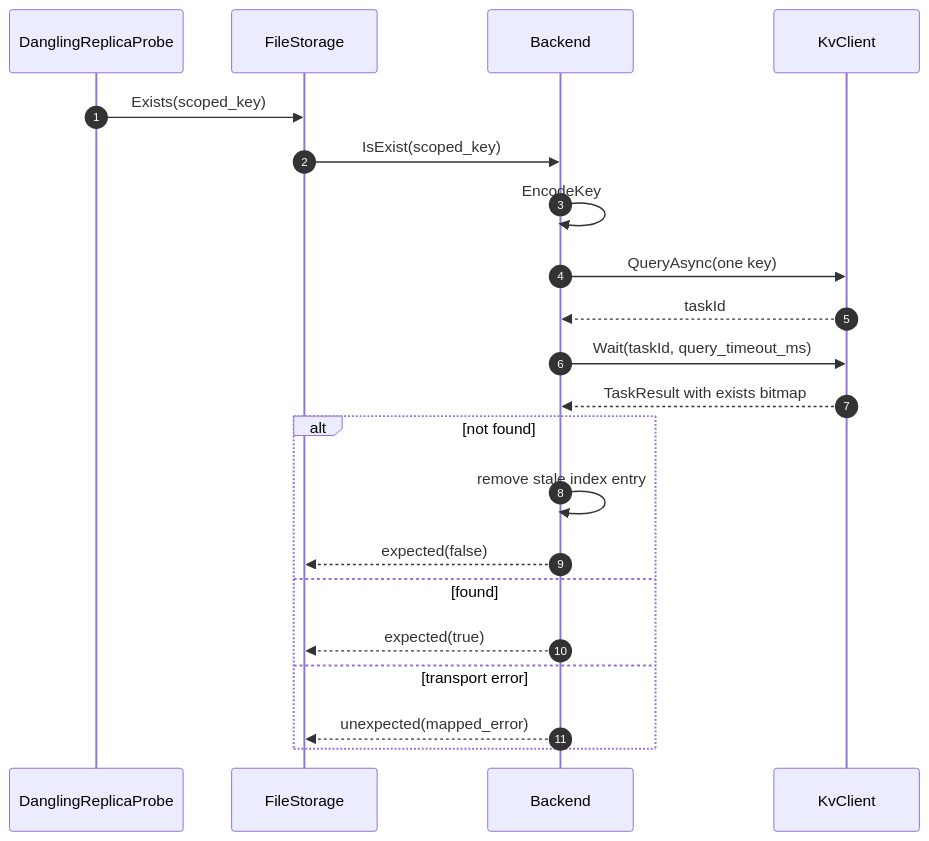
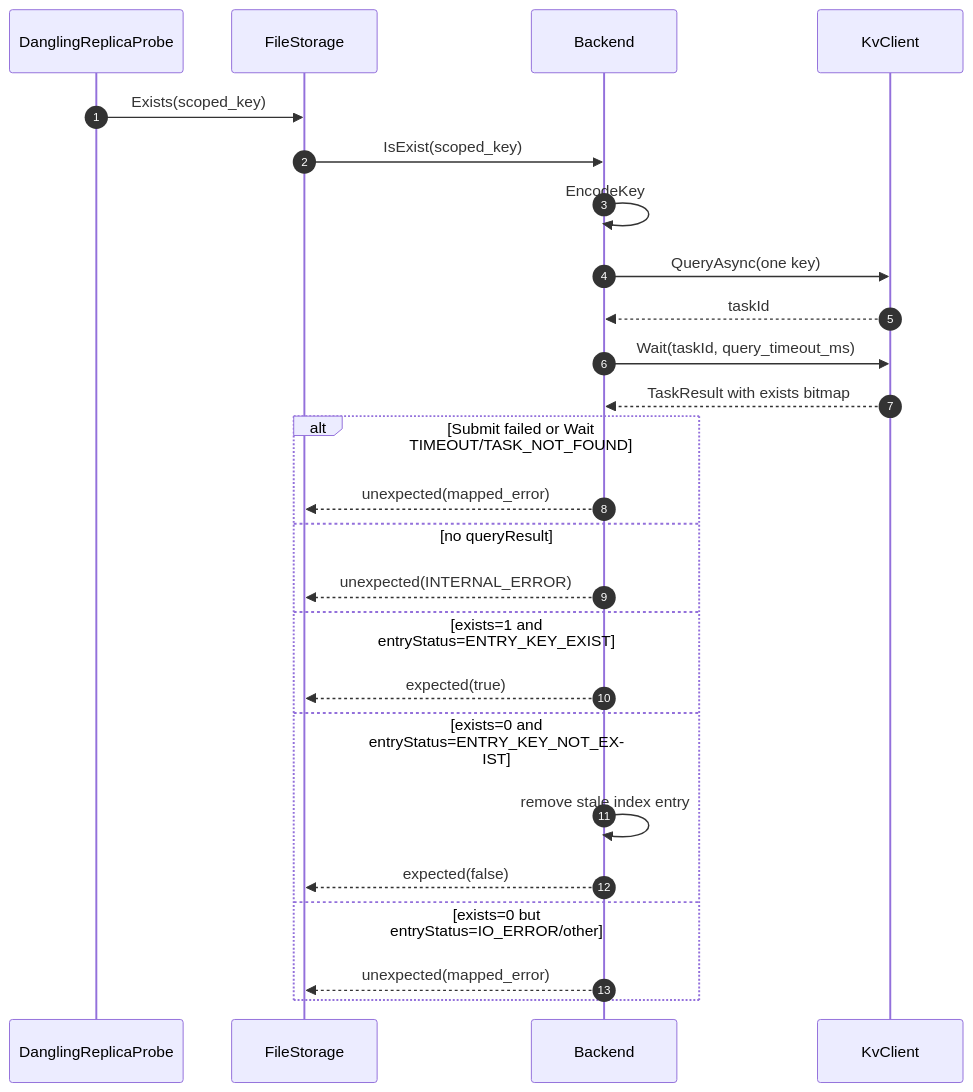
One commit to zwj20000328-dotcom/Mooncake-documents changed diagram 11 of 14 in kv-client-storage-backend.md. Above: the diagram before and after it, drawn with Mermaid. The commit also changed other lines of this file and 2 other files, not shown here.

````diff
--- a/kv-client-storage-backend.md
+++ b/kv-client-storage-backend.md
@@ -1234,26 +1378,30 @@
 ```mermaid
 sequenceDiagram
     autonumber
     participant P as DanglingReplicaProbe
     participant FS as FileStorage
     participant BE as Backend
     participant KC as KvClient
 
     P->>FS: Exists(scoped_key)
     FS->>BE: IsExist(scoped_key)
     BE->>BE: EncodeKey
 
     BE->>KC: QueryAsync(one key)
     KC-->>BE: taskId
     BE->>KC: Wait(taskId, query_timeout_ms)
     KC-->>BE: TaskResult with exists bitmap
 
-    alt not found
+    alt Submit failed or Wait TIMEOUT/TASK_NOT_FOUND
+        BE-->>FS: unexpected(mapped_error)
+    else no queryResult
+        BE-->>FS: unexpected(INTERNAL_ERROR)
+    else exists=1 and entryStatus=ENTRY_KEY_EXIST
+        BE-->>FS: expected(true)
+    else exists=0 and entryStatus=ENTRY_KEY_NOT_EXIST
         BE->>BE: remove stale index entry
         BE-->>FS: expected(false)
-    else found
-        BE-->>FS: expected(true)
-    else transport error
+    else exists=0 but entryStatus=IO_ERROR/other
         BE-->>FS: unexpected(mapped_error)
     end
 ```
````
